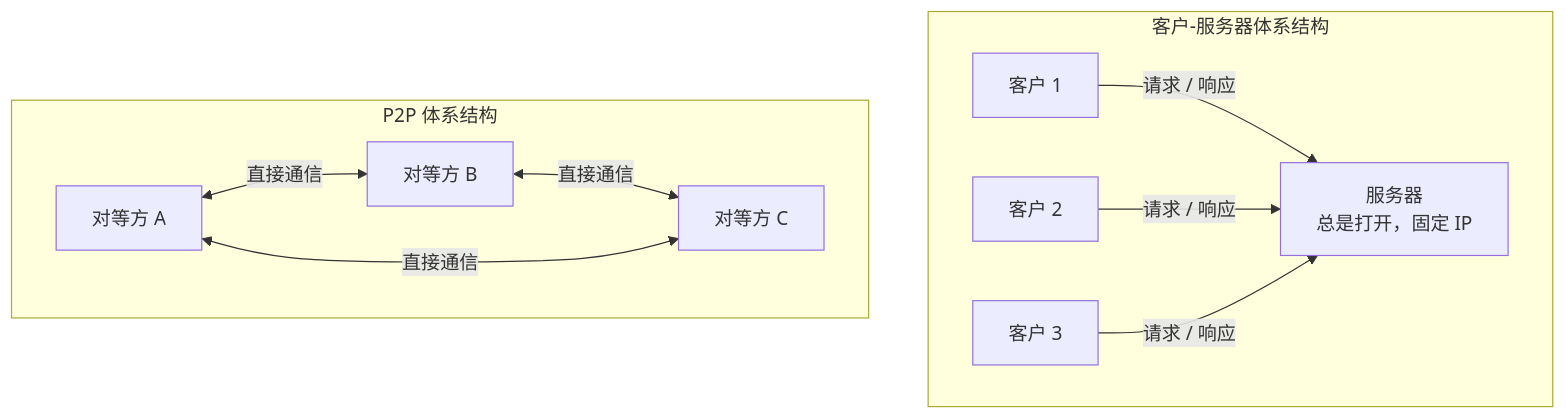
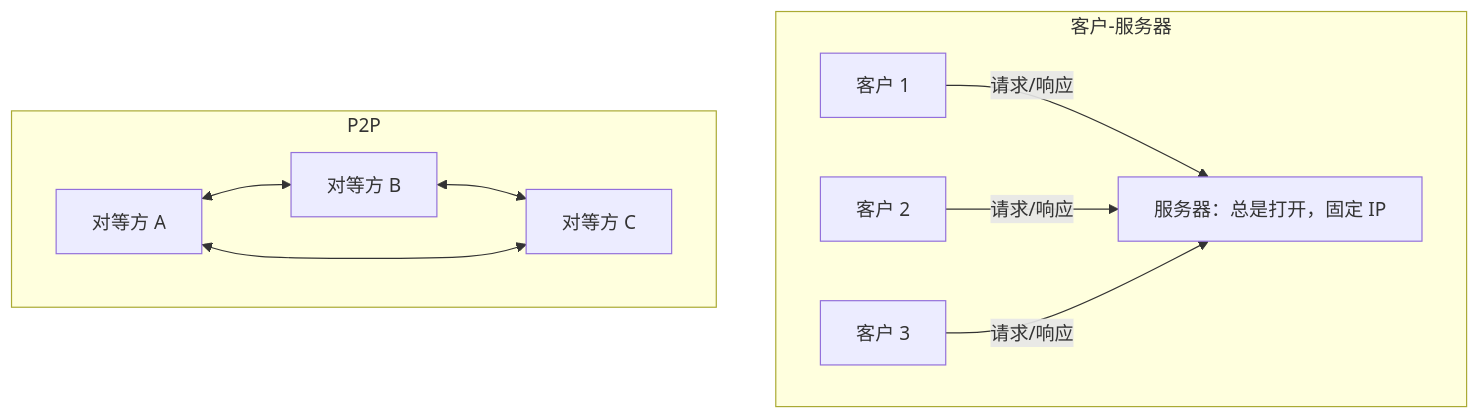
Before and after one commit to Meer-Matze/Meer-Matze.github.io: the second of 20 diagrams in src/content/posts/应用层.md, drawn with Mermaid. The commit also changed other lines of this file and 3 other files, not shown here.

````diff
--- a/src/content/posts/应用层.md
+++ b/src/content/posts/应用层.md
@@ -195,23 +94,14 @@
 ```mermaid
 graph TD
-  subgraph CS["客户-服务器体系结构"]
-    S["服务器<br/>总是打开，固定 IP"]
-    C1["客户 1"]
-    C2["客户 2"]
-    C3["客户 3"]
-
-    C1 -->|"请求 / 响应"| S
-    C2 -->|"请求 / 响应"| S
-    C3 -->|"请求 / 响应"| S
+  subgraph CS["客户-服务器"]
+    S["服务器：总是打开，固定 IP"]
+    C1["客户 1"] -->|"请求/响应"| S
+    C2["客户 2"] -->|"请求/响应"| S
+    C3["客户 3"] -->|"请求/响应"| S
   end
-
-  subgraph P2P["P2P 体系结构"]
-    Pa["对等方 A"]
-    Pb["对等方 B"]
-    Pc["对等方 C"]
-
-    Pa <-->|"直接通信"| Pb
-    Pb <-->|"直接通信"| Pc
-    Pa <-->|"直接通信"| Pc
+  subgraph P2P["P2P"]
+    Pa["对等方 A"] <--> Pb["对等方 B"]
+    Pb <--> Pc["对等方 C"]
+    Pa <--> Pc
   end
 ```
````
